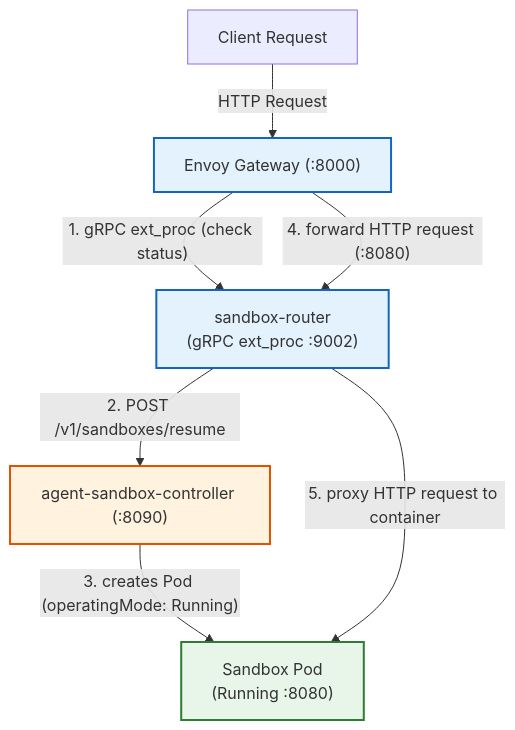
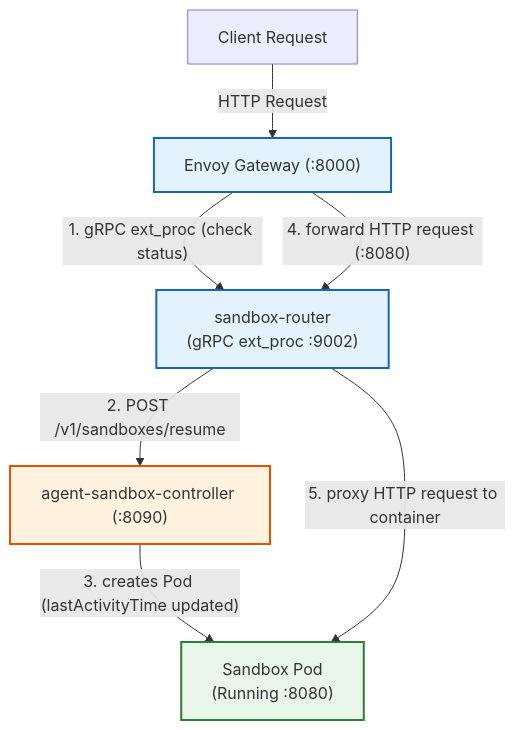
Before and after one commit to kubernetes-sigs/agent-sandbox: the first of 2 diagrams in docs/auto_suspension.md, drawn with Mermaid. The commit also changed other lines of this file and 5 other files, not shown here.

````diff
--- a/docs/auto_suspension.md
+++ b/docs/auto_suspension.md
@@ -15,22 +18,22 @@
 ```mermaid
 flowchart TB
     Client["Client Request"]
     EG["Envoy Gateway (:8000)"]
     SR["sandbox-router<br/>(gRPC ext_proc :9002)"]
     CTRL["agent-sandbox-controller (:8090)"]
     POD["Sandbox Pod<br/>(Running :8080)"]
 
     Client -->|HTTP Request| EG
     EG -->|"1. gRPC ext_proc (check status)"| SR
     SR -->|"2. POST /v1/sandboxes/resume"| CTRL
-    CTRL -->|"3. creates Pod (operatingMode: Running)"| POD
+    CTRL -->|"3. creates Pod (lastActivityTime updated)"| POD
     EG -->|"4. forward HTTP request (:8080)"| SR
     SR -->|"5. proxy HTTP request to container"| POD
 
     classDef gateway fill:#e3f2fd,stroke:#1565c0,stroke-width:2px;
     classDef control fill:#fff3e0,stroke:#e65100,stroke-width:2px;
     classDef workload fill:#e8f5e9,stroke:#2e7d32,stroke-width:2px;
     class EG,SR gateway;
     class CTRL control;
     class POD workload;
 ```
````
